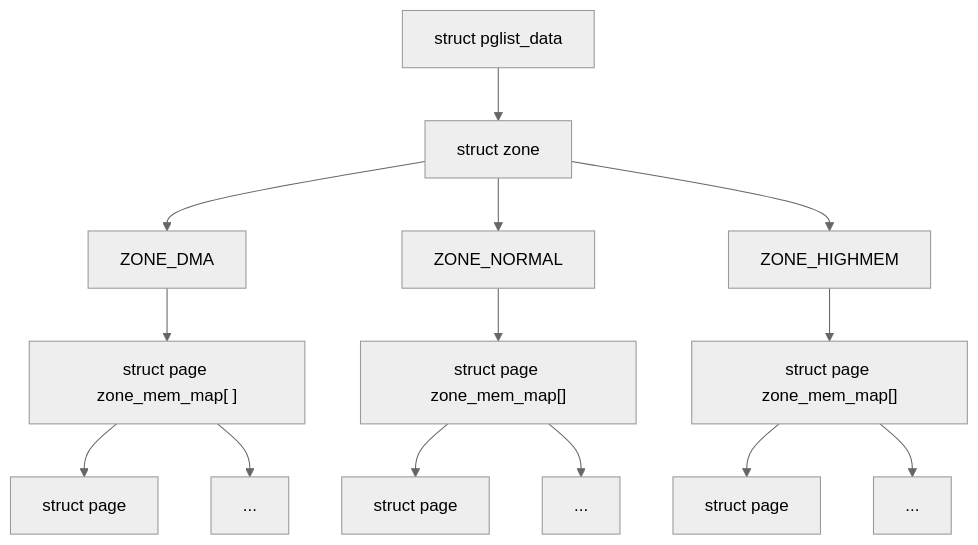
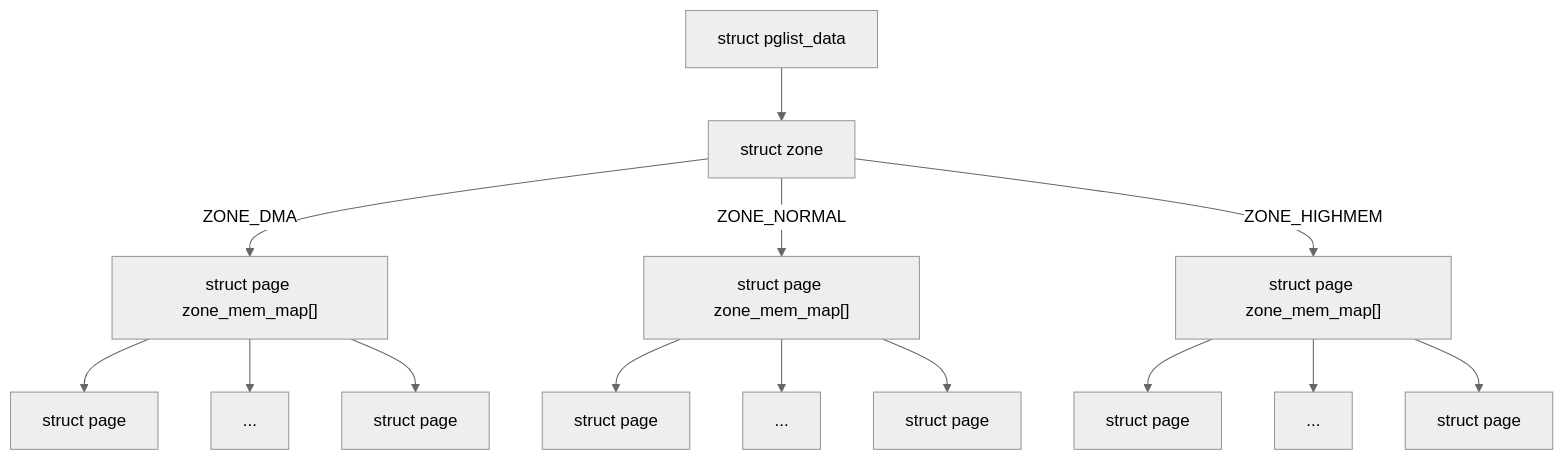
The first of 4 diagrams in docs/08-内存管理.md (liushupeng/LinuxKernel), drawn with Mermaid (neutral theme) before and after one commit. The commit also changed other lines of this file, not shown here.

````diff
--- a/docs/08-内存管理.md
+++ b/docs/08-内存管理.md
@@ -49,16 +62,16 @@
 ```mermaid
 graph TD
     A[struct pglist_data] --> B[struct zone]
-    B[struct zone] --> C[ZONE_DMA]
-    B[struct zone] --> D[ZONE_NORMAL]
-    B[struct zone] --> E[ZONE_HIGHMEM]
-    C[ZONE_DMA] --> F[struct page zone_mem_map&lbrack; &rbrack;]
-    D[ZONE_NORMAL] --> G[struct page zone_mem_map&lbrack; &rbrack;]
-    E[ZONE_HIGHMEM] --> H[struct page zone_mem_map&lbrack; &rbrack;]
-    F[struct page zone_mem_map&lbrack; &rbrack;] --> I1[struct page]
-    F[struct page zone_mem_map&lbrack; &rbrack;] --> I2[...]
-    G[struct page zone_mem_map&lbrack;&rbrack;] --> J1[struct page]
-    G[struct page zone_mem_map&lbrack;&rbrack;] --> J2[...]
-    H[struct page zone_mem_map&lbrack;&rbrack;] --> K1[struct page]
-    H[struct page zone_mem_map&lbrack;&rbrack;] --> K2[...]
+    B[struct zone] --ZONE_DMA--> C["struct page zone_mem_map[]"]
+    B[struct zone] --ZONE_NORMAL--> D["struct page zone_mem_map[]"]
+    B[struct zone] --ZONE_HIGHMEM--> E["struct page zone_mem_map[]"]
+    C["struct page zone_mem_map[]"] --> F1[struct page]
+    C["struct page zone_mem_map[]"] --> F2[...]
+    C["struct page zone_mem_map[]"] --> F3[struct page]
+    D["struct page zone_mem_map[]"] --> G1[struct page]
+    D["struct page zone_mem_map[]"] --> G2[...]
+    D["struct page zone_mem_map[]"] --> G3[struct page]
+    E["struct page zone_mem_map[]"] --> H1[struct page]
+    E["struct page zone_mem_map[]"] --> H2[...]
+    E["struct page zone_mem_map[]"] --> H3[struct page]
 ```
````
